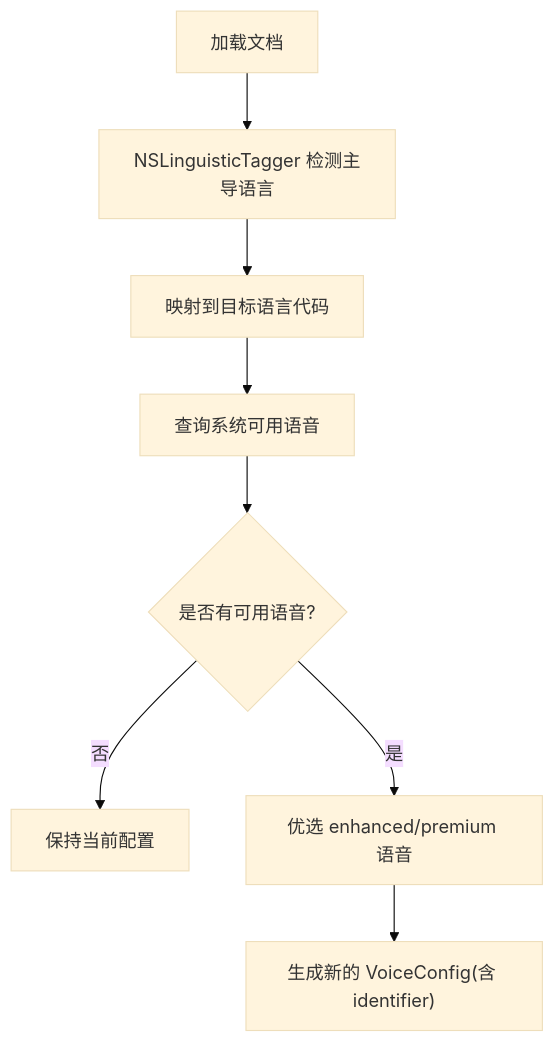
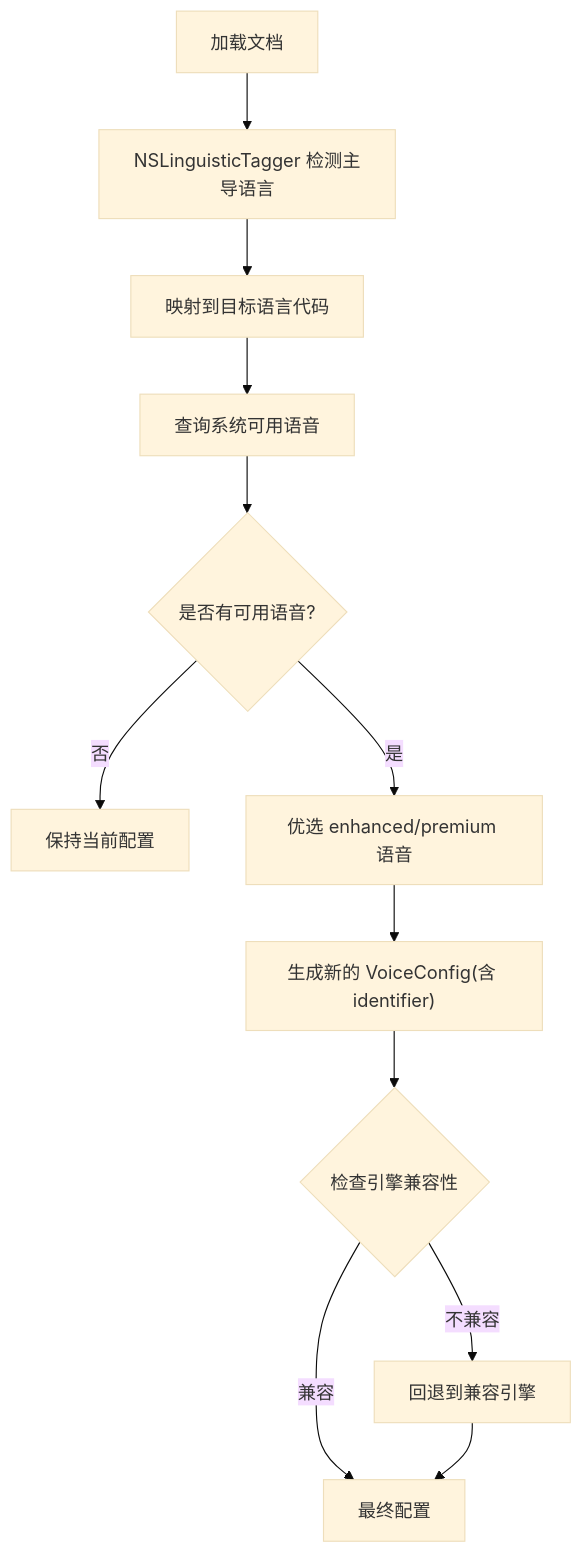
The eighth of 9 diagrams in .qoder/repowiki/zh/content/核心功能模块/语音合成系统/系统 TTS 服务.md (Primoguo/Knowledge), drawn with Mermaid (base theme) before and after one commit. The commit also changed other lines of this file and 32 other files, not shown here.

````diff
--- a/.qoder/repowiki/zh/content/核心功能模块/语音合成系统/系统 TTS 服务.md
+++ b/.qoder/repowiki/zh/content/核心功能模块/语音合成系统/系统 TTS 服务.md
@@ -310,10 +444,14 @@
 ```mermaid
 flowchart TD
 LoadDoc["加载文档"] --> Detect["NSLinguisticTagger 检测主导语言"]
 Detect --> MapLang["映射到目标语言代码"]
 MapLang --> CheckAvail["查询系统可用语音"]
 CheckAvail --> HasVoice{"是否有可用语音?"}
 HasVoice --> |否| KeepCfg["保持当前配置"]
 HasVoice --> |是| PickBest["优选 enhanced/premium 语音"]
 PickBest --> ApplyCfg["生成新的 VoiceConfig(含 identifier)"]
+ApplyCfg --> CheckCompatibility{"检查引擎兼容性"}
+CheckCompatibility --> |兼容| Finalize["最终配置"]
+CheckCompatibility --> |不兼容| Fallback["回退到兼容引擎"]
+Fallback --> Finalize
 ```
````
